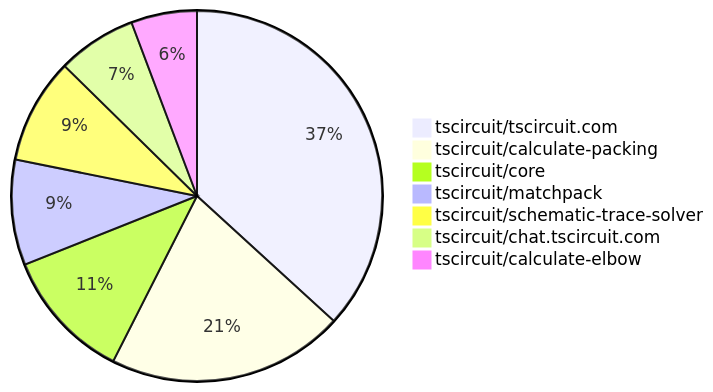
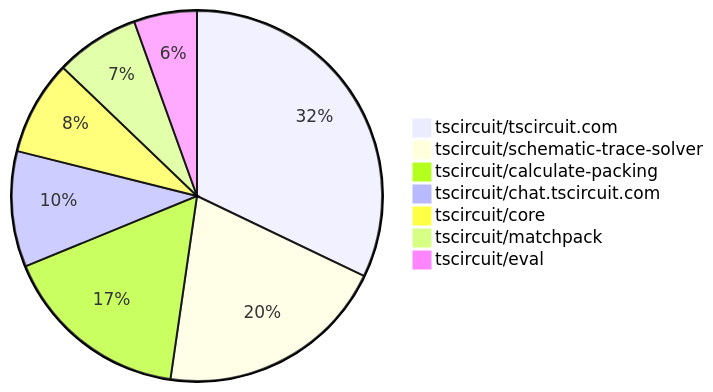
Before and after one commit to tscircuit/contribution-tracker: the second of 2 diagrams in README.md, drawn with Mermaid. The commit also changed other lines of this file and 3 other files, not shown here.

````diff
--- a/README.md
+++ b/README.md
@@ -99,10 +105,10 @@
 ```mermaid
 pie
-    "tscircuit/tscircuit.com" : 32
+    "tscircuit/tscircuit.com" : 35
+    "tscircuit/schematic-trace-solver" : 22
     "tscircuit/calculate-packing" : 18
-    "tscircuit/core" : 10
+    "tscircuit/chat.tscircuit.com" : 11
+    "tscircuit/core" : 9
     "tscircuit/matchpack" : 8
-    "tscircuit/schematic-trace-solver" : 8
-    "tscircuit/chat.tscircuit.com" : 6
-    "tscircuit/calculate-elbow" : 5
+    "tscircuit/eval" : 6
 ```
````
